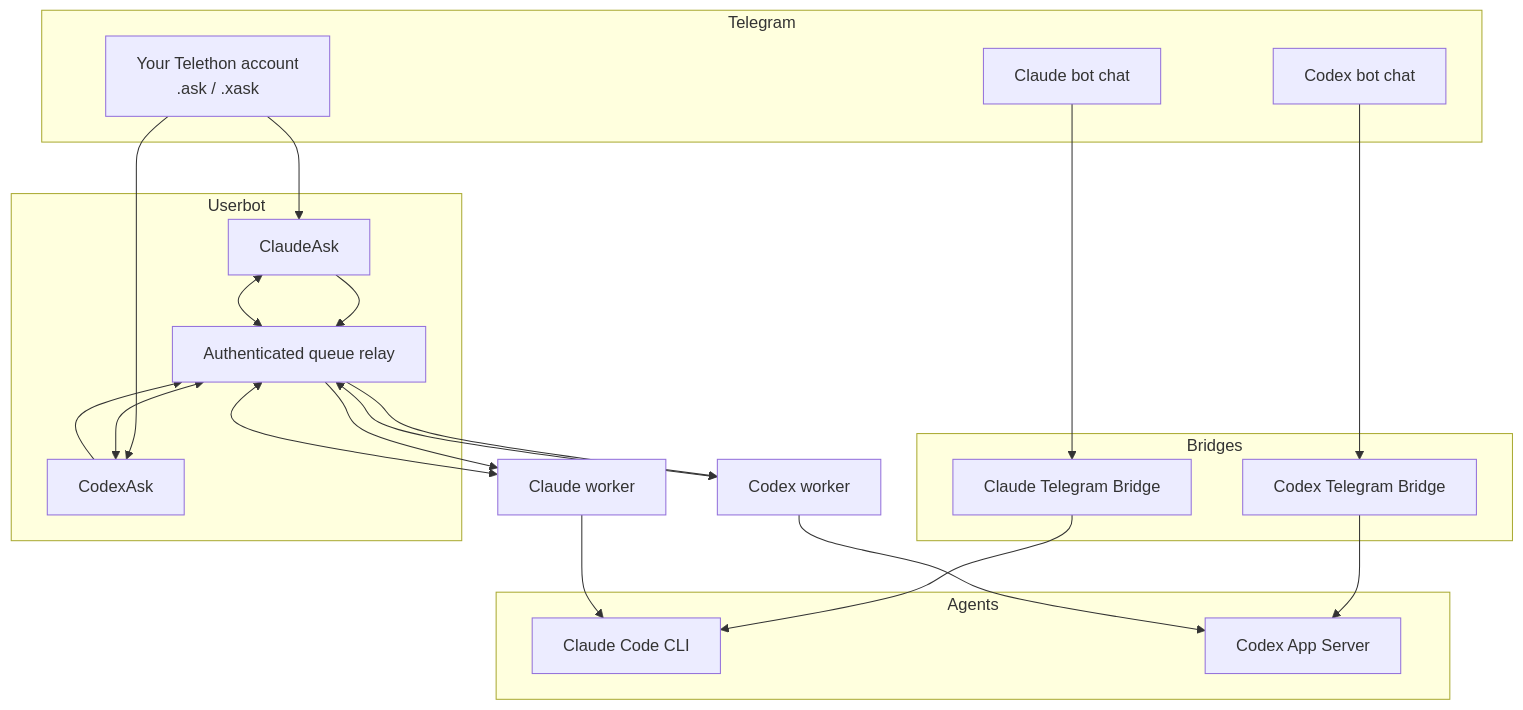
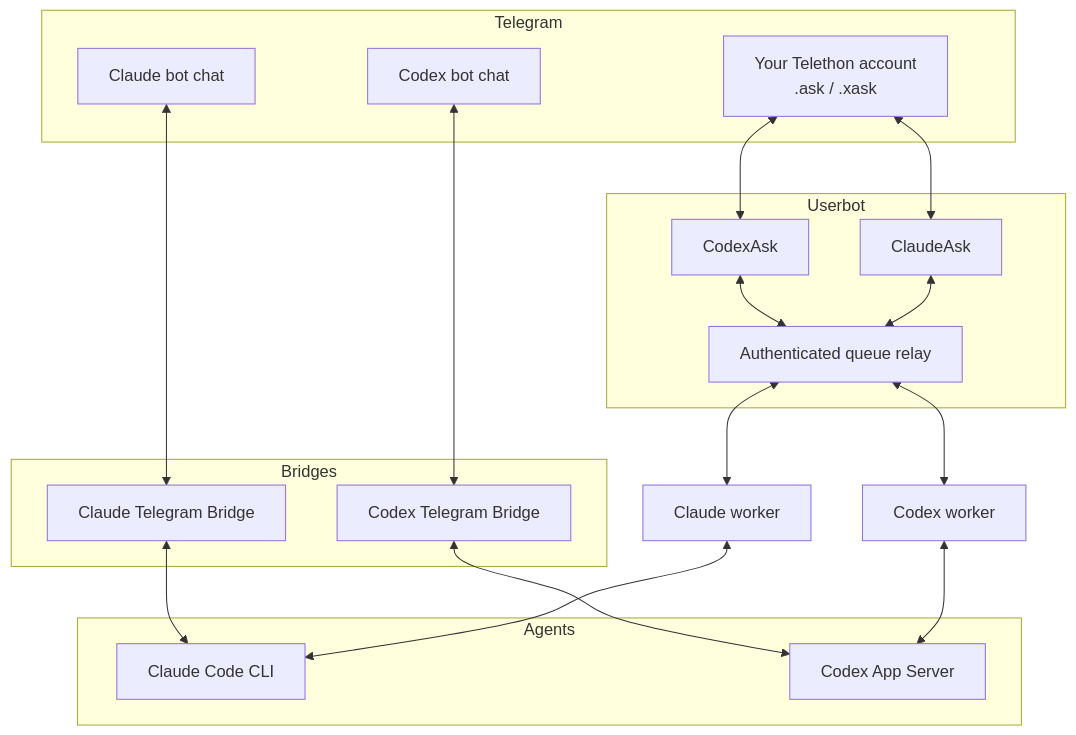
The second of 2 diagrams in README.md (maleon17/telegram-ai), drawn with Mermaid before and after one commit.

Commit message:
Clean up architecture diagram arrows
Each Userbot/relay/worker link was declared twice (once directed in
a chain, once again as <-->), rendering duplicate arrowheads, and
dagre ranked the relay between ClaudeAsk and CodexAsk instead of
putting them side by side. Declare each edge once and make every
link in the diagram bidirectional.

````diff
--- a/README.md
+++ b/README.md
@@ -66,29 +66,33 @@
 ```mermaid
 flowchart TB
     subgraph Telegram
       CBOT["Claude bot chat"]
       XBOT["Codex bot chat"]
       USER["Your Telethon account<br/>.ask / .xask"]
     end
     subgraph Bridges
       CB["Claude Telegram Bridge"]
       XB["Codex Telegram Bridge"]
     end
     subgraph Userbot
+      XA["CodexAsk"]
       CA["ClaudeAsk"]
-      XA["CodexAsk"]
       R["Authenticated queue relay"]
     end
     subgraph Agents
       C["Claude Code CLI"]
       X["Codex App Server"]
     end
-    CBOT --> CB --> C
-    XBOT --> XB --> X
-    USER --> CA --> R --> CW["Claude worker"] --> C
-    USER --> XA --> R --> XW["Codex worker"] --> X
-    CW <--> R
-    XW <--> R
-    R <--> CA
-    R <--> XA
+    CBOT <--> CB
+    CB <--> C
+    XBOT <--> XB
+    XB <--> X
+    USER <--> XA
+    USER <--> CA
+    XA <--> R
+    CA <--> R
+    R <--> CW["Claude worker"]
+    R <--> XW["Codex worker"]
+    CW <--> C
+    XW <--> X
 ```
````
